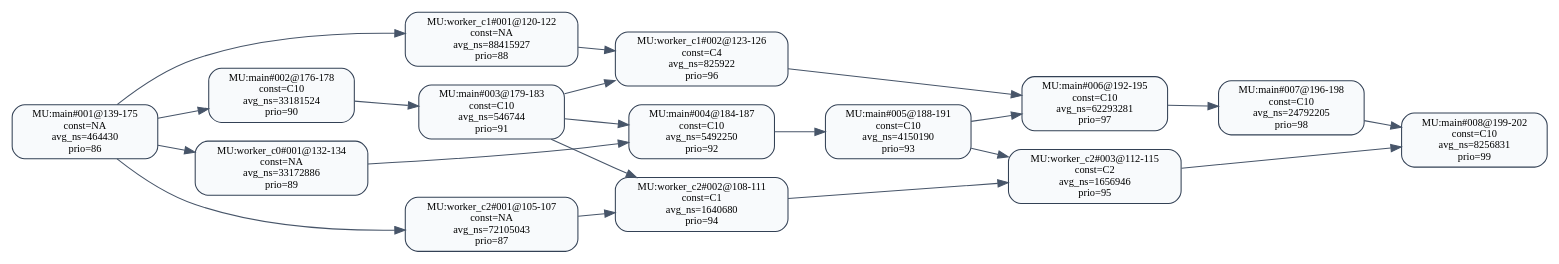
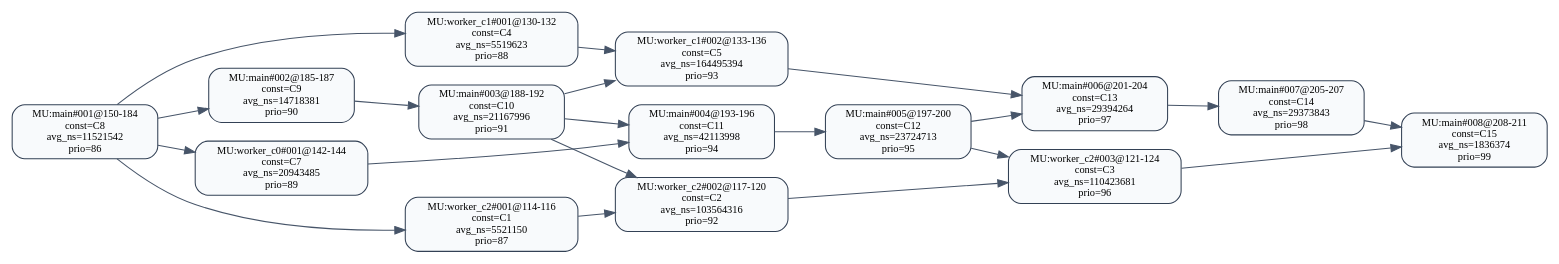
The diagram in 中间结果/zhang2/pipeline/validation/level2/effective_line_merge/t_level/dag_seg_annotated.dot (RTS-SYSU/DAG-Gen), drawn with Graphviz before and after one commit. The commit also changed 4464 other files, not shown here.

```diff
--- a/中间结果/zhang2/pipeline/validation/level2/effective_line_merge/t_level/dag_seg_annotated.dot
+++ b/中间结果/zhang2/pipeline/validation/level2/effective_line_merge/t_level/dag_seg_annotated.dot
@@ -1,38 +1,38 @@
 digraph dag_seg_annotated {
   rankdir=LR;
   node [shape=box, style="rounded,filled", fillcolor="#F8FAFC", color="#334155", fontsize=10];
   edge [color="#475569"];
-  "MU:main#001@139-175" [label="MU:main#001@139-175\nconst=NA\navg_ns=464430\nprio=86"];
-  "MU:main#002@176-178" [label="MU:main#002@176-178\nconst=C10\navg_ns=33181524\nprio=90"];
-  "MU:main#003@179-183" [label="MU:main#003@179-183\nconst=C10\navg_ns=546744\nprio=91"];
-  "MU:main#004@184-187" [label="MU:main#004@184-187\nconst=C10\navg_ns=5492250\nprio=92"];
-  "MU:main#005@188-191" [label="MU:main#005@188-191\nconst=C10\navg_ns=4150190\nprio=93"];
-  "MU:main#006@192-195" [label="MU:main#006@192-195\nconst=C10\navg_ns=62293281\nprio=97"];
-  "MU:main#007@196-198" [label="MU:main#007@196-198\nconst=C10\navg_ns=24792205\nprio=98"];
-  "MU:main#008@199-202" [label="MU:main#008@199-202\nconst=C10\navg_ns=8256831\nprio=99"];
-  "MU:worker_c0#001@132-134" [label="MU:worker_c0#001@132-134\nconst=NA\navg_ns=33172886\nprio=89"];
-  "MU:worker_c1#001@120-122" [label="MU:worker_c1#001@120-122\nconst=NA\navg_ns=88415927\nprio=88"];
-  "MU:worker_c1#002@123-126" [label="MU:worker_c1#002@123-126\nconst=C4\navg_ns=825922\nprio=96"];
-  "MU:worker_c2#001@105-107" [label="MU:worker_c2#001@105-107\nconst=NA\navg_ns=72105043\nprio=87"];
-  "MU:worker_c2#002@108-111" [label="MU:worker_c2#002@108-111\nconst=C1\navg_ns=1640680\nprio=94"];
-  "MU:worker_c2#003@112-115" [label="MU:worker_c2#003@112-115\nconst=C2\navg_ns=1656946\nprio=95"];
-  "MU:worker_c2#001@105-107" -> "MU:worker_c2#002@108-111";
-  "MU:worker_c2#002@108-111" -> "MU:worker_c2#003@112-115";
-  "MU:worker_c1#001@120-122" -> "MU:worker_c1#002@123-126";
-  "MU:main#001@139-175" -> "MU:main#002@176-178";
-  "MU:main#002@176-178" -> "MU:main#003@179-183";
-  "MU:main#003@179-183" -> "MU:main#004@184-187";
-  "MU:main#004@184-187" -> "MU:main#005@188-191";
-  "MU:main#005@188-191" -> "MU:main#006@192-195";
-  "MU:main#006@192-195" -> "MU:main#007@196-198";
-  "MU:main#007@196-198" -> "MU:main#008@199-202";
-  "MU:main#001@139-175" -> "MU:worker_c0#001@132-134";
-  "MU:main#001@139-175" -> "MU:worker_c1#001@120-122";
-  "MU:main#001@139-175" -> "MU:worker_c2#001@105-107";
-  "MU:worker_c0#001@132-134" -> "MU:main#004@184-187";
-  "MU:worker_c1#002@123-126" -> "MU:main#006@192-195";
-  "MU:worker_c2#003@112-115" -> "MU:main#008@199-202";
-  "MU:main#003@179-183" -> "MU:worker_c2#002@108-111";
-  "MU:main#005@188-191" -> "MU:worker_c2#003@112-115";
-  "MU:main#003@179-183" -> "MU:worker_c1#002@123-126";
+  "MU:main#001@150-184" [label="MU:main#001@150-184\nconst=C8\navg_ns=11521542\nprio=86"];
+  "MU:main#002@185-187" [label="MU:main#002@185-187\nconst=C9\navg_ns=14718381\nprio=90"];
+  "MU:main#003@188-192" [label="MU:main#003@188-192\nconst=C10\navg_ns=21167996\nprio=91"];
+  "MU:main#004@193-196" [label="MU:main#004@193-196\nconst=C11\navg_ns=42113998\nprio=94"];
+  "MU:main#005@197-200" [label="MU:main#005@197-200\nconst=C12\navg_ns=23724713\nprio=95"];
+  "MU:main#006@201-204" [label="MU:main#006@201-204\nconst=C13\navg_ns=29394264\nprio=97"];
+  "MU:main#007@205-207" [label="MU:main#007@205-207\nconst=C14\navg_ns=29373843\nprio=98"];
+  "MU:main#008@208-211" [label="MU:main#008@208-211\nconst=C15\navg_ns=1836374\nprio=99"];
+  "MU:worker_c0#001@142-144" [label="MU:worker_c0#001@142-144\nconst=C7\navg_ns=20943485\nprio=89"];
+  "MU:worker_c1#001@130-132" [label="MU:worker_c1#001@130-132\nconst=C4\navg_ns=5519623\nprio=88"];
+  "MU:worker_c1#002@133-136" [label="MU:worker_c1#002@133-136\nconst=C5\navg_ns=164495394\nprio=93"];
+  "MU:worker_c2#001@114-116" [label="MU:worker_c2#001@114-116\nconst=C1\navg_ns=5521150\nprio=87"];
+  "MU:worker_c2#002@117-120" [label="MU:worker_c2#002@117-120\nconst=C2\navg_ns=103564316\nprio=92"];
+  "MU:worker_c2#003@121-124" [label="MU:worker_c2#003@121-124\nconst=C3\navg_ns=110423681\nprio=96"];
+  "MU:worker_c2#001@114-116" -> "MU:worker_c2#002@117-120";
+  "MU:worker_c2#002@117-120" -> "MU:worker_c2#003@121-124";
+  "MU:worker_c1#001@130-132" -> "MU:worker_c1#002@133-136";
+  "MU:main#001@150-184" -> "MU:main#002@185-187";
+  "MU:main#002@185-187" -> "MU:main#003@188-192";
+  "MU:main#003@188-192" -> "MU:main#004@193-196";
+  "MU:main#004@193-196" -> "MU:main#005@197-200";
+  "MU:main#005@197-200" -> "MU:main#006@201-204";
+  "MU:main#006@201-204" -> "MU:main#007@205-207";
+  "MU:main#007@205-207" -> "MU:main#008@208-211";
+  "MU:main#001@150-184" -> "MU:worker_c0#001@142-144";
+  "MU:main#001@150-184" -> "MU:worker_c1#001@130-132";
+  "MU:main#001@150-184" -> "MU:worker_c2#001@114-116";
+  "MU:worker_c0#001@142-144" -> "MU:main#004@193-196";
+  "MU:worker_c1#002@133-136" -> "MU:main#006@201-204";
+  "MU:worker_c2#003@121-124" -> "MU:main#008@208-211";
+  "MU:main#003@188-192" -> "MU:worker_c2#002@117-120";
+  "MU:main#005@197-200" -> "MU:worker_c2#003@121-124";
+  "MU:main#003@188-192" -> "MU:worker_c1#002@133-136";
 }
```
